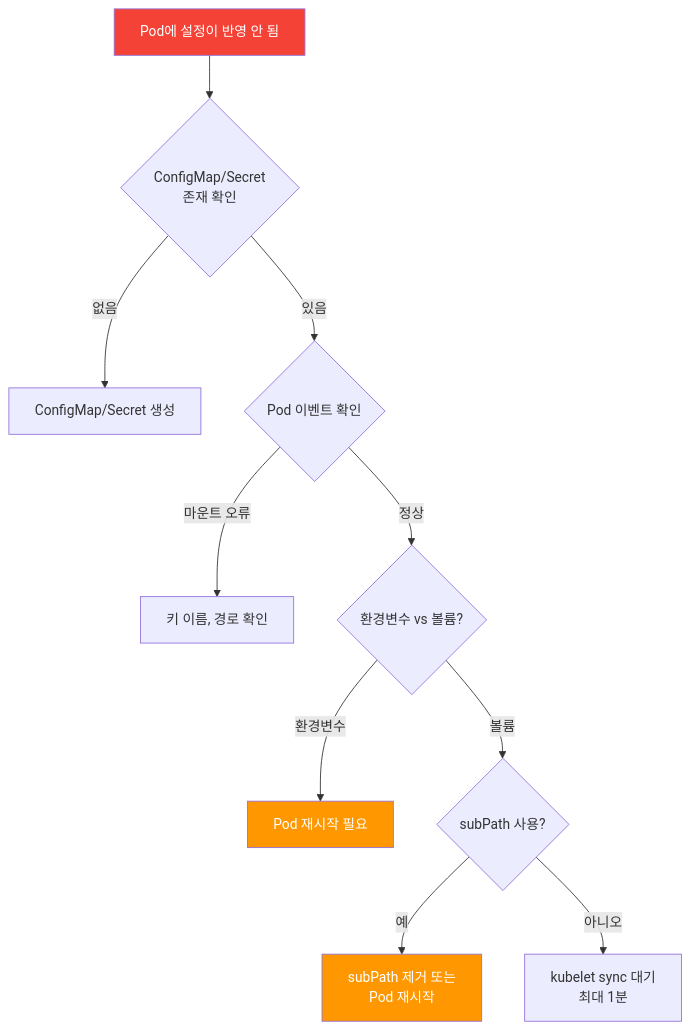
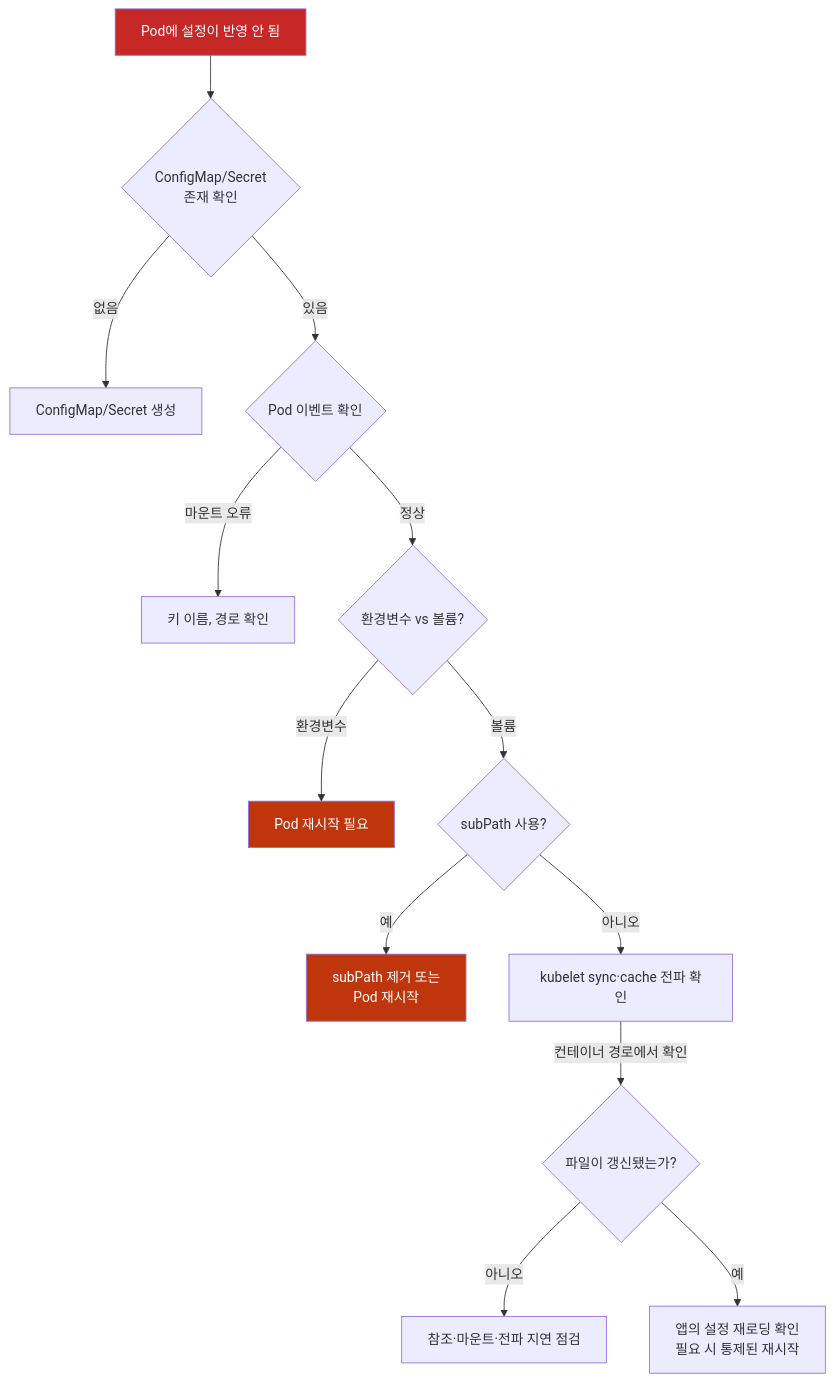
The fifth of 5 diagrams in kubernetes/Kubernetes-ConfigMap-Secret.md (sskim91/TIL), drawn with Mermaid before and after one commit. The commit also changed other lines of this file and 39 other files, not shown here.

````diff
--- a/kubernetes/Kubernetes-ConfigMap-Secret.md
+++ b/kubernetes/Kubernetes-ConfigMap-Secret.md
@@ -1170,16 +865,19 @@
 ```mermaid
 flowchart TD
     START[Pod에 설정이 반영 안 됨] --> Q1{ConfigMap/Secret<br>존재 확인}
     Q1 -->|"없음"| A1[ConfigMap/Secret 생성]
     Q1 -->|"있음"| Q2{Pod 이벤트 확인}
     Q2 -->|"마운트 오류"| A2["키 이름, 경로 확인"]
     Q2 -->|"정상"| Q3{환경변수 vs 볼륨?}
     Q3 -->|"환경변수"| A3[Pod 재시작 필요]
     Q3 -->|"볼륨"| Q4{subPath 사용?}
     Q4 -->|"예"| A4[subPath 제거 또는<br>Pod 재시작]
-    Q4 -->|"아니오"| A5[kubelet sync 대기<br>최대 1분]
+    Q4 -->|"아니오"| A5[kubelet sync·cache 전파 확인]
+    A5 -->|"컨테이너 경로에서 확인"| Q5{파일이 갱신됐는가?}
+    Q5 -->|"아니오"| A6[참조·마운트·전파 지연 점검]
+    Q5 -->|"예"| A7[앱의 설정 재로딩 확인<br>필요 시 통제된 재시작]
 
-    style START fill:#f44336,color:#fff
-    style A3 fill:#FF9800,color:#fff
-    style A4 fill:#FF9800,color:#fff
+    style START fill:#C62828,color:#fff
+    style A3 fill:#BF360C,color:#fff
+    style A4 fill:#BF360C,color:#fff
 ```
````
